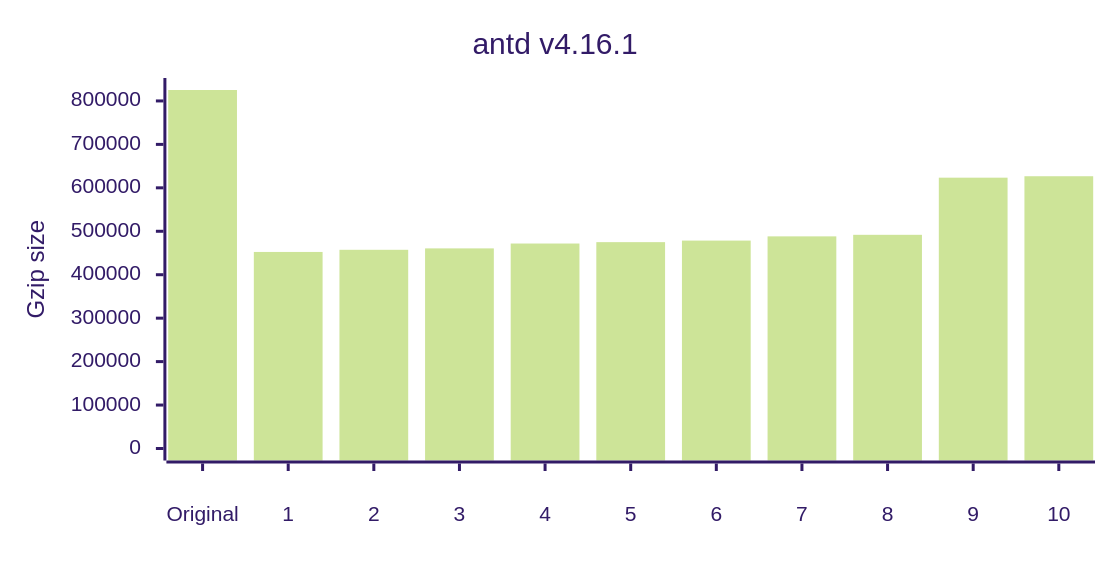
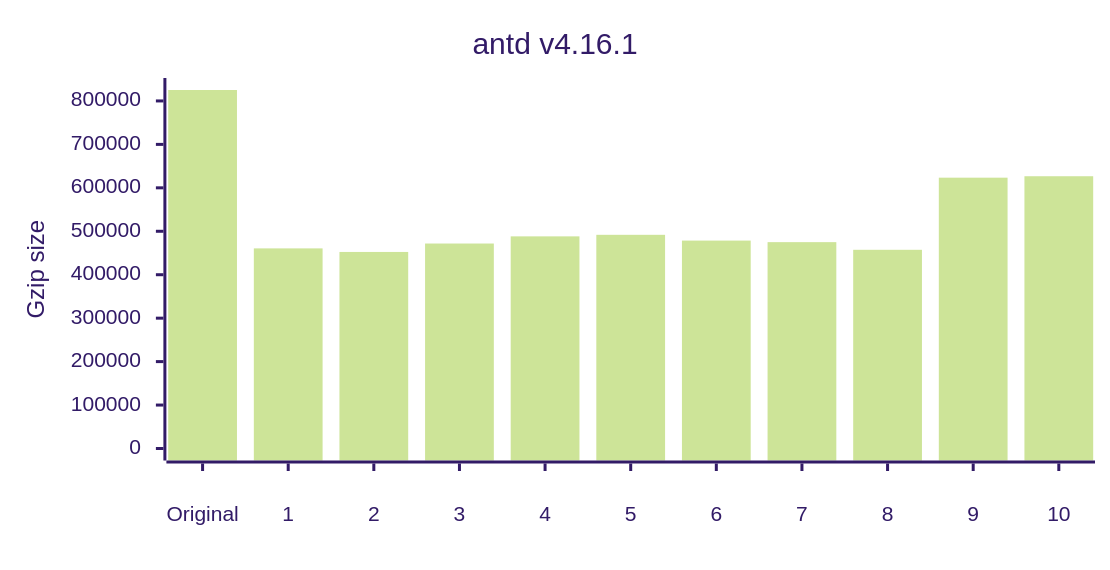
Diagram 11 of 12 in README.md (privatenumber/minification-benchmarks), drawn with Mermaid (forest theme) before and after one commit. The commit also changed other lines of this file and 6 other files, not shown here.

````diff
--- a/README.md
+++ b/README.md
@@ -488,17 +496,17 @@
 ```mermaid
 ---
 config:
     xyChart:
         width: 720
         height: 360
         xAxis:
             labelPadding: 20
         yAxis:
             labelPadding: 10
 ---
 xychart-beta
 	title "antd v4.16.1"
 	x-axis ["Original",1,2,3,4,5,6,7,8,9,10]
 	y-axis "Gzip size" 0 --> 825175
-	bar [825175,452400,457352,460597,471791,474973,478572,488279,491833,623370,626675]
+	bar [825175,460597,452400,471791,488279,491833,478572,474973,457352,623370,626675]
 ```
````
